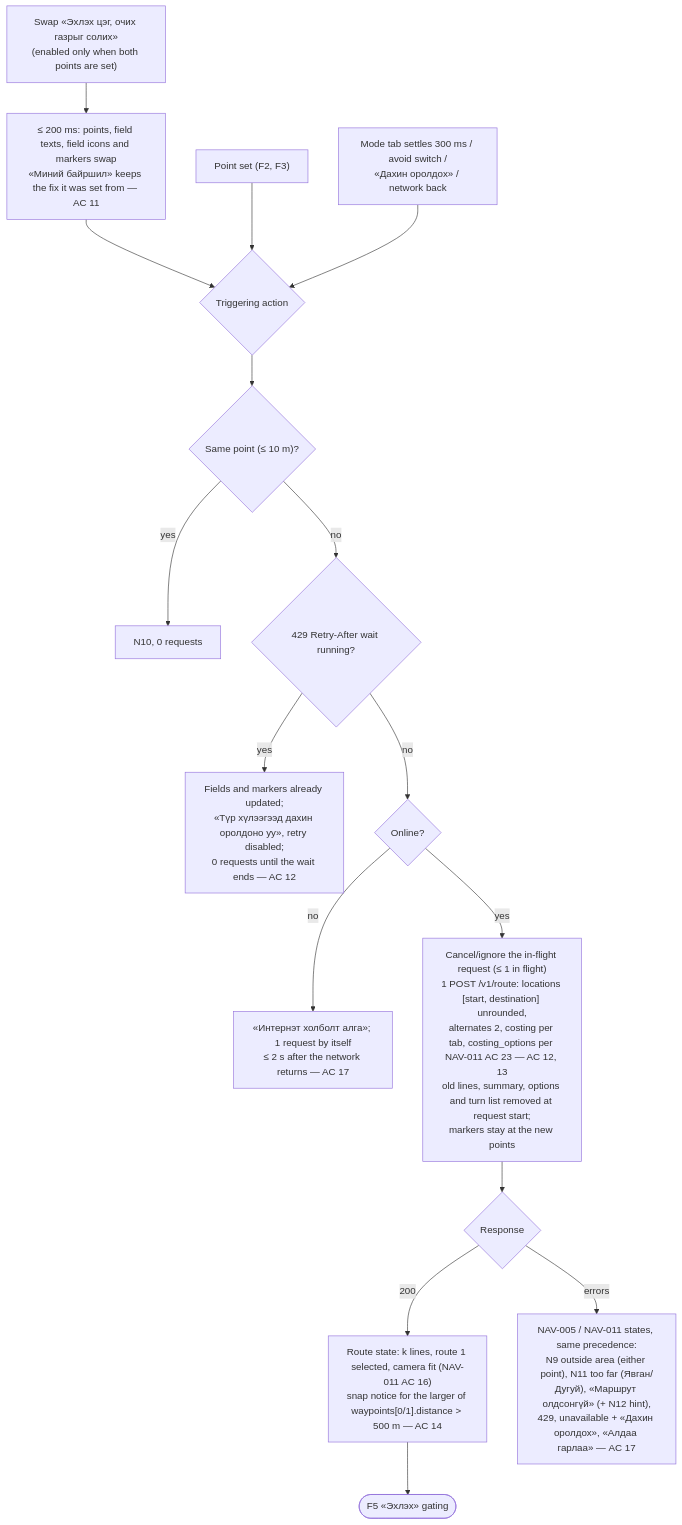
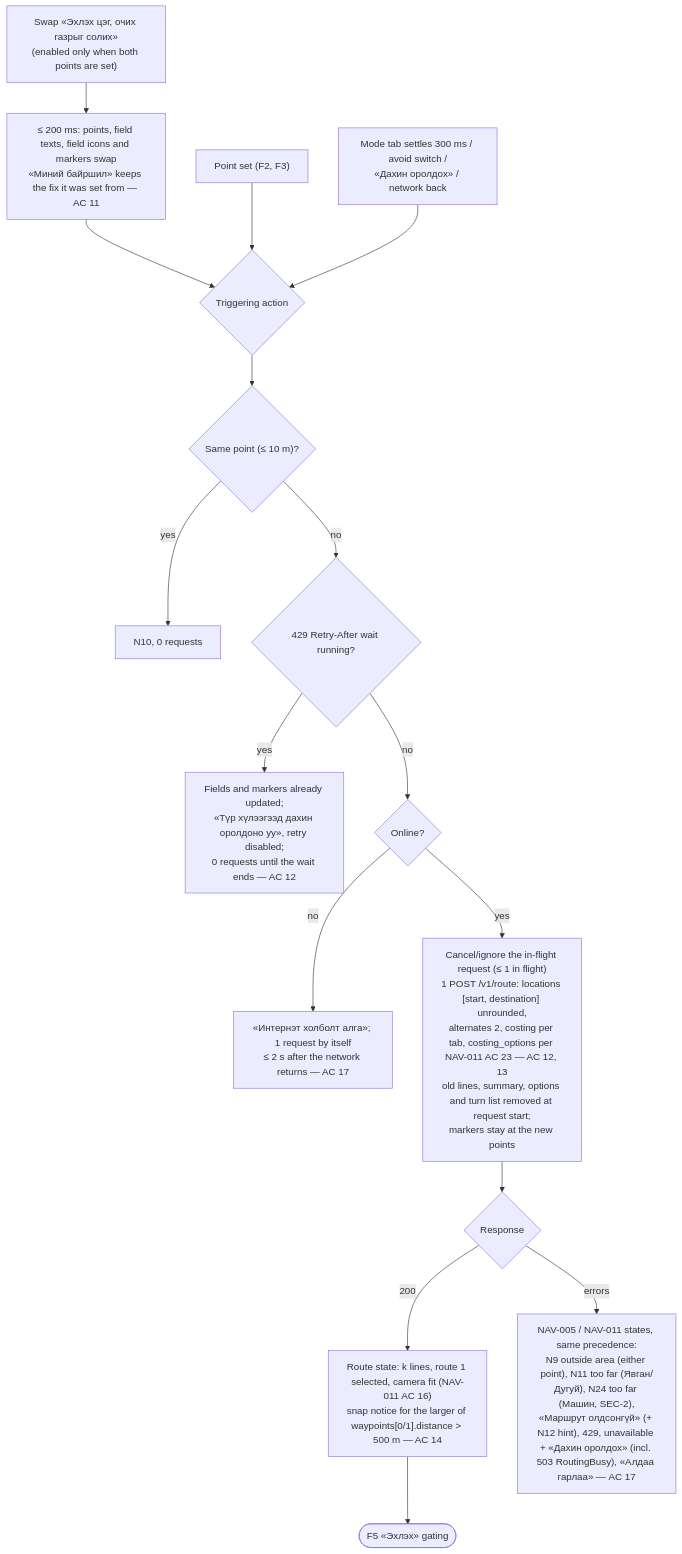
The fourth of 7 diagrams in docs/design/flows/NAV-018-android-origin-turn-list.md (Uranbold/test.github.io), drawn with Mermaid before and after one commit. The commit also changed other lines of this file and 85 other files, not shown here.

````diff
--- a/docs/design/flows/NAV-018-android-origin-turn-list.md
+++ b/docs/design/flows/NAV-018-android-origin-turn-list.md
@@ -93,18 +93,18 @@
 ```mermaid
 flowchart TD
     SW["Swap «Эхлэх цэг, очих газрыг солих»<br/>(enabled only when both points are set)"] --> X["≤ 200 ms: points, field texts, field icons and markers swap<br/>«Миний байршил» keeps the fix it was set from — AC 11"]
     X --> TRIG
     PT["Point set (F2, F3)"] --> TRIG{"Triggering action"}
     TAB["Mode tab settles 300 ms / avoid switch /<br/>«Дахин оролдох» / network back"] --> TRIG
     TRIG --> SP{"Same point (≤ 10 m)?"}
     SP -- yes --> N10["N10, 0 requests"]
     SP -- no --> RL{"429 Retry-After wait running?"}
     RL -- yes --> WAIT["Fields and markers already updated;<br/>«Түр хүлээгээд дахин оролдоно уу», retry disabled;<br/>0 requests until the wait ends — AC 12"]
     RL -- no --> NET{"Online?"}
     NET -- no --> OFF["«Интернэт холболт алга»; 1 request by itself<br/>≤ 2 s after the network returns — AC 17"]
     NET -- yes --> REQ["Cancel/ignore the in-flight request (≤ 1 in flight)<br/>1 POST /v1/route: locations [start, destination] unrounded,<br/>alternates 2, costing per tab, costing_options per NAV-011 AC 23 — AC 12, 13<br/>old lines, summary, options and turn list removed at request start;<br/>markers stay at the new points"]
     REQ --> RES{"Response"}
     RES -- "200" --> ROUTE["Route state: k lines, route 1 selected, camera fit (NAV-011 AC 16)<br/>snap notice for the larger of waypoints[0/1].distance > 500 m — AC 14"]
-    RES -- "errors" --> ST["NAV-005 / NAV-011 states, same precedence:<br/>N9 outside area (either point), N11 too far (Явган/Дугуй), «Маршрут олдсонгүй» (+ N12 hint),<br/>429, unavailable + «Дахин оролдох», «Алдаа гарлаа» — AC 17"]
+    RES -- "errors" --> ST["NAV-005 / NAV-011 states, same precedence:<br/>N9 outside area (either point), N11 too far (Явган/Дугуй), N24 too far (Машин, SEC-2),<br/>«Маршрут олдсонгүй» (+ N12 hint), 429, unavailable + «Дахин оролдох» (incl. 503 RoutingBusy), «Алдаа гарлаа» — AC 17"]
     ROUTE --> F5(["F5 «Эхлэх» gating"])
 ```
````
